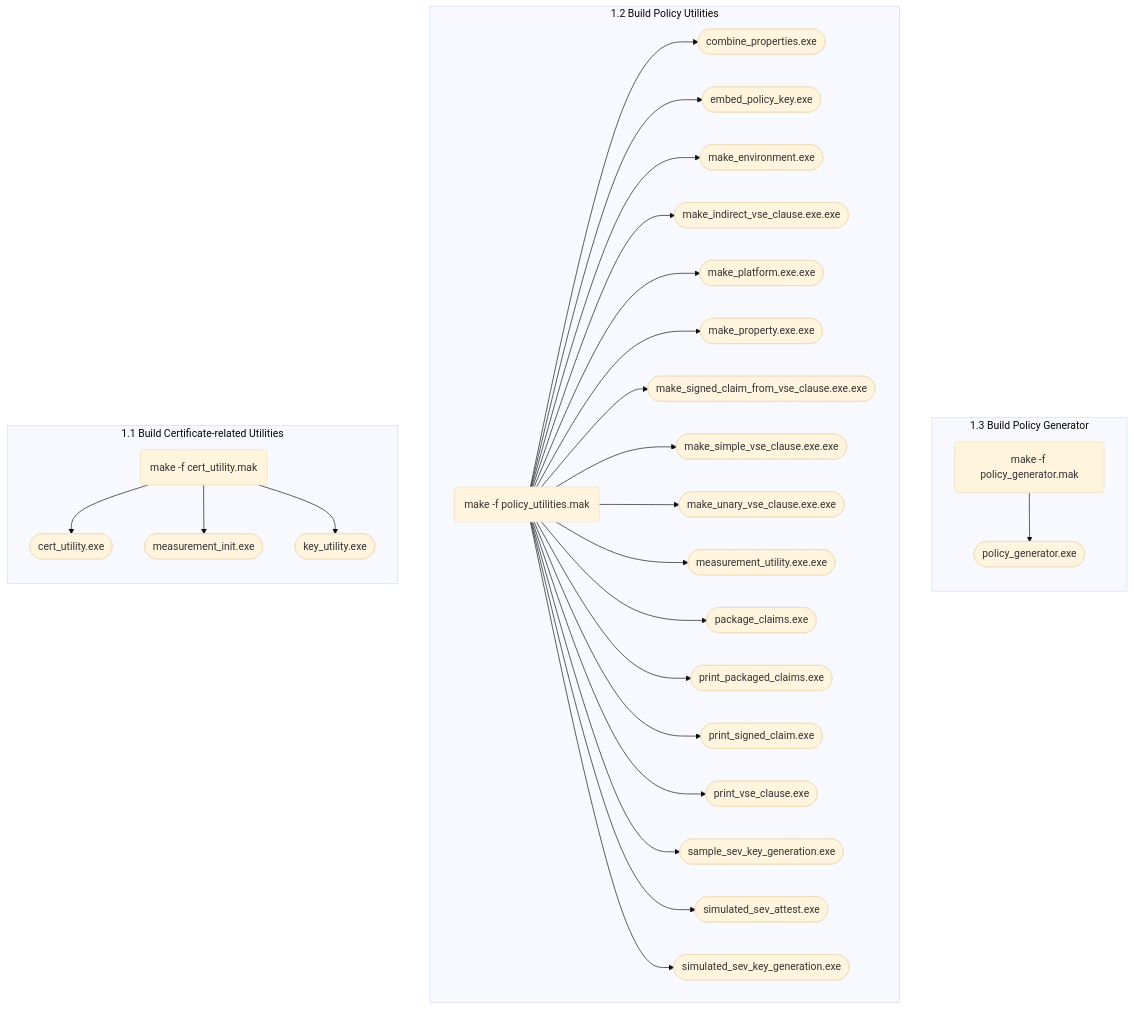
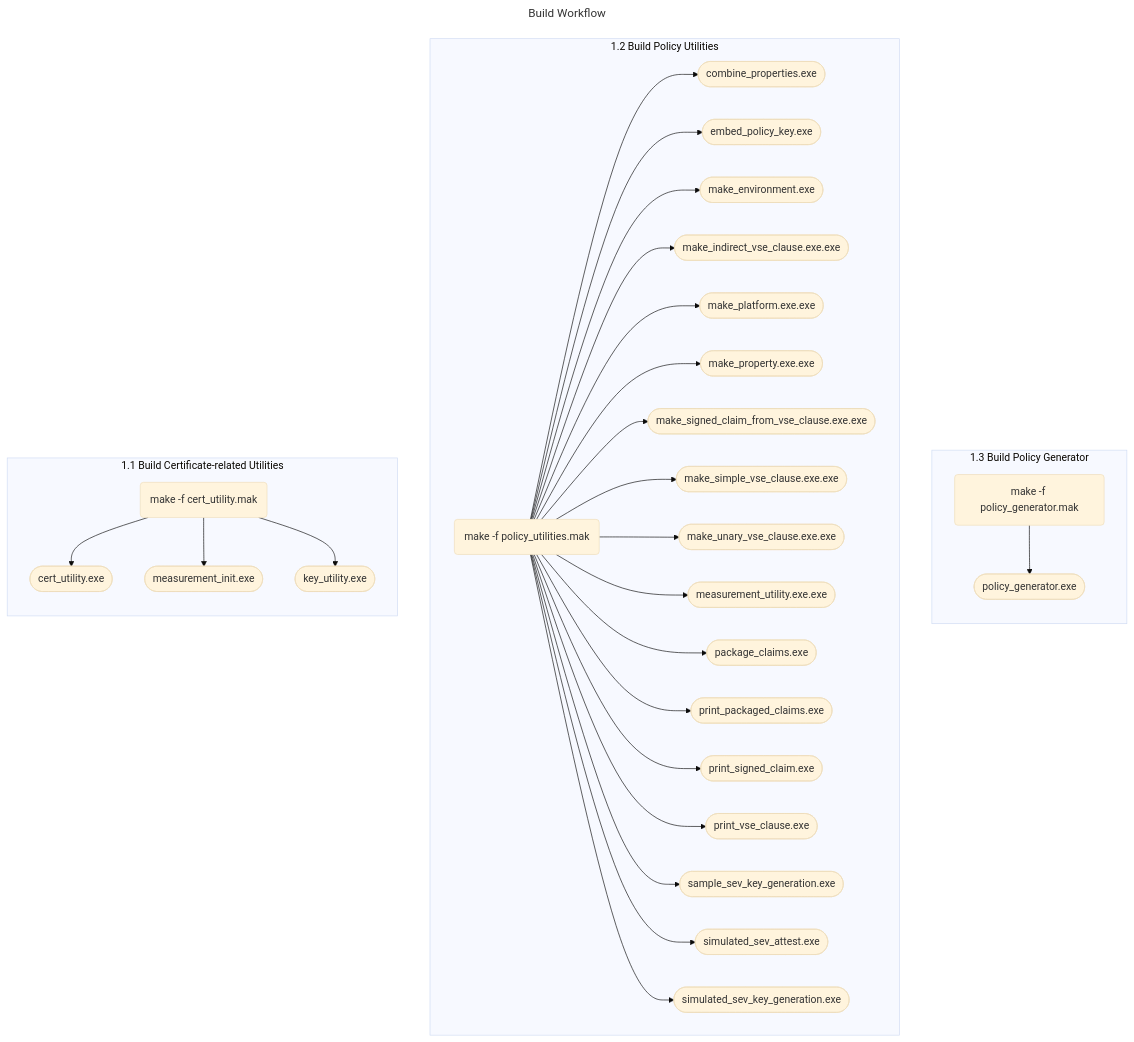
The first of 2 diagrams in sample_apps/simple_app/instructions.md (georgievaVMW/certifier-framework-for-confidential-computing), drawn with Mermaid (base theme) before and after one commit. The commit also changed other lines of this file, not shown here.

Commit message:
Add title to Mermaid workflows.

````diff
--- a/sample_apps/simple_app/instructions.md
+++ b/sample_apps/simple_app/instructions.md
@@ -41,37 +41,40 @@
 ```mermaid
+---
+title: Build Workflow
+---
 flowchart TB
 
   subgraph 1.3 Build Policy Generator
   direction TB
     id3(make -f policy_generator.mak) --> id31([policy_generator.exe])
   end
 
   subgraph 1.2 Build Policy Utilities
   direction LR
     id2(make -f policy_utilities.mak) --> id21([combine_properties.exe])
     id2(make -f policy_utilities.mak) --> id22([embed_policy_key.exe])
     id2(make -f policy_utilities.mak) --> id23([make_environment.exe])
     id2(make -f policy_utilities.mak) --> id24([make_indirect_vse_clause.exe.exe])
     id2(make -f policy_utilities.mak) --> id25([make_platform.exe.exe])
     id2(make -f policy_utilities.mak) --> id26([make_property.exe.exe])
     id2(make -f policy_utilities.mak) --> id27([make_signed_claim_from_vse_clause.exe.exe])
     id2(make -f policy_utilities.mak) --> id28([make_simple_vse_clause.exe.exe])
     id2(make -f policy_utilities.mak) --> id29([make_unary_vse_clause.exe.exe])
     id2(make -f policy_utilities.mak) --> id210([measurement_utility.exe.exe])
     id2(make -f policy_utilities.mak) --> id211([package_claims.exe])
     id2(make -f policy_utilities.mak) --> id212([print_packaged_claims.exe])
     id2(make -f policy_utilities.mak) --> id213([print_signed_claim.exe])
     id2(make -f policy_utilities.mak) --> id214([print_vse_clause.exe])
     id2(make -f policy_utilities.mak) --> id215([sample_sev_key_generation.exe])
     id2(make -f policy_utilities.mak) --> id216([simulated_sev_attest.exe])
     id2(make -f policy_utilities.mak) --> id217([simulated_sev_key_generation.exe])
   end
 
   subgraph 1.1 Build Certificate-related Utilities
   direction TB
     id1(make -f cert_utility.mak) --> id11([cert_utility.exe])
     id1(make -f cert_utility.mak) --> id12([measurement_init.exe])
     id1(make -f cert_utility.mak) --> id13([key_utility.exe])
   end
 
 ```
````
